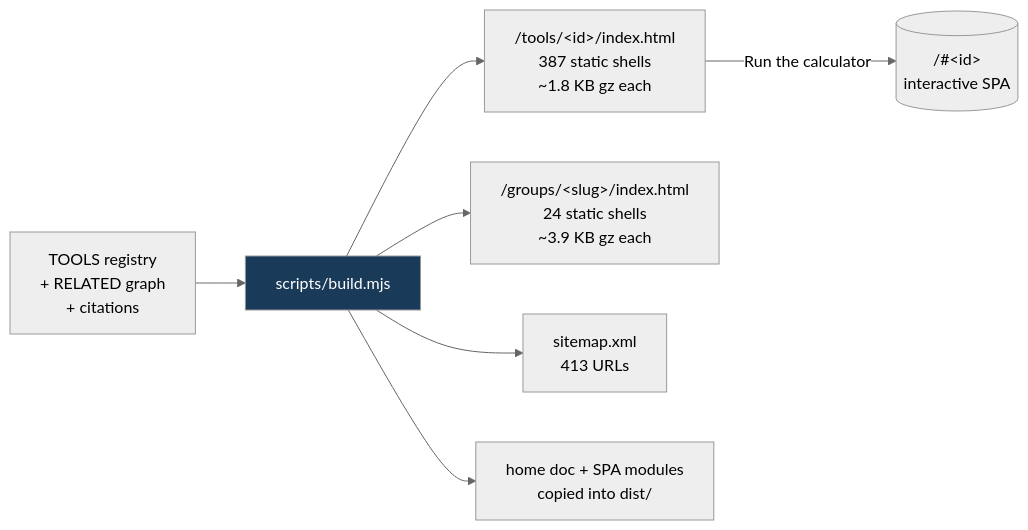
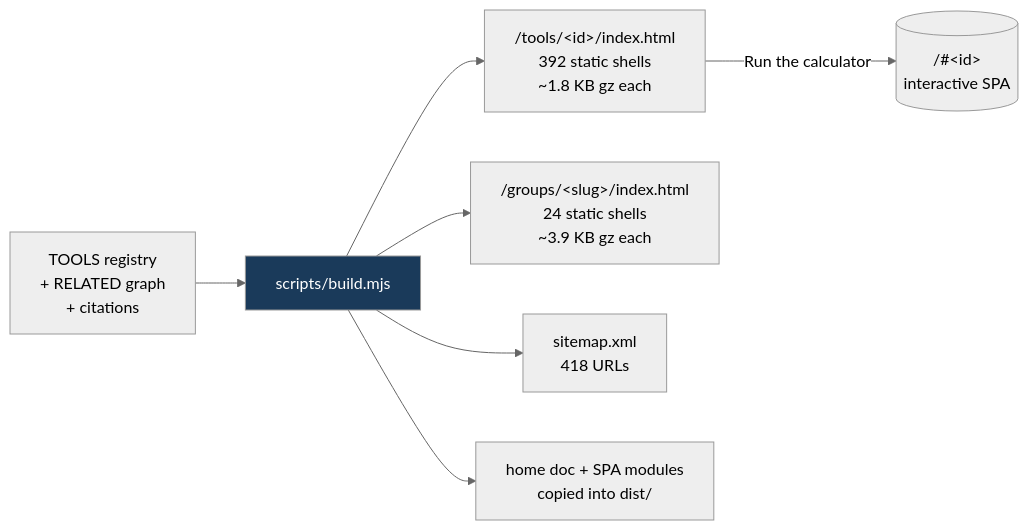
One commit to clay-good/roughlogic.com changed the third of 5 diagrams in README.md. Above: the diagram before and after it, drawn with Mermaid (neutral theme). The commit also changed other lines of this file and 17 other files, not shown here.

````diff
--- a/README.md
+++ b/README.md
@@ -180,10 +180,10 @@
 ```mermaid
 flowchart LR
     SRC[TOOLS registry\n+ RELATED graph\n+ citations] --> BUILD[scripts/build.mjs]
-    BUILD --> TILE["/tools/&lt;id&gt;/index.html\n387 static shells\n~1.8 KB gz each"]
+    BUILD --> TILE["/tools/&lt;id&gt;/index.html\n392 static shells\n~1.8 KB gz each"]
     BUILD --> GROUP["/groups/&lt;slug&gt;/index.html\n24 static shells\n~3.9 KB gz each"]
-    BUILD --> MAP["sitemap.xml\n413 URLs"]
+    BUILD --> MAP["sitemap.xml\n418 URLs"]
     BUILD --> COPY[home doc + SPA modules\ncopied into dist/]
     TILE -->|Run the calculator| SPA[("/#&lt;id&gt;\ninteractive SPA")]
     style BUILD fill:#1a3a5a,color:#fff
 ```
````
